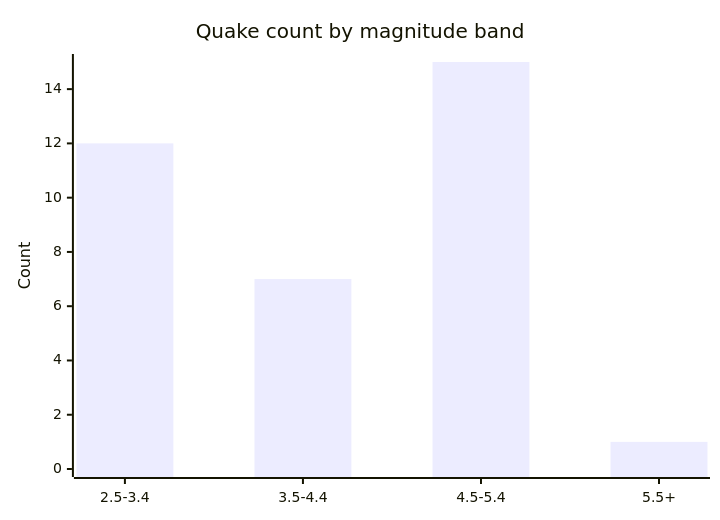
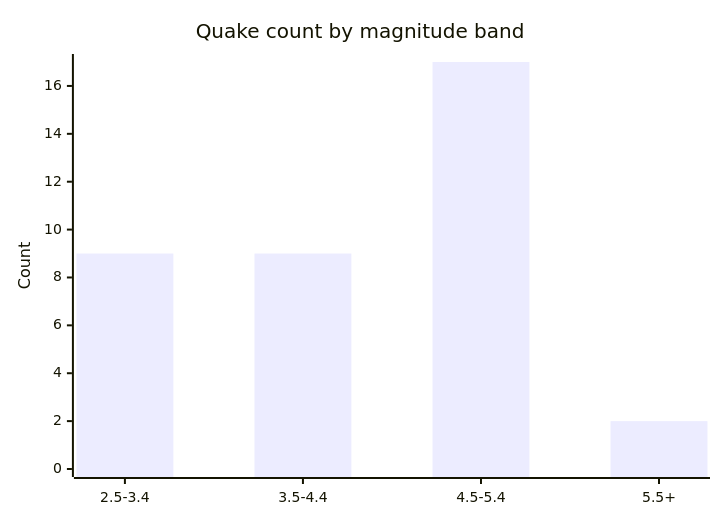
Before and after one commit to Midwest-Stratospheric/aerostratospheric-defense-gir: the fifth of 6 diagrams in docs/GRAPHS.md, drawn with Mermaid. The commit also changed other lines of this file and 23 other files, not shown here.

````diff
--- a/docs/GRAPHS.md
+++ b/docs/GRAPHS.md
@@ -82,7 +82,7 @@
 ```mermaid
 xychart-beta
   title "Quake count by magnitude band"
   x-axis ["2.5-3.4", "3.5-4.4", "4.5-5.4", "5.5+"]
-  y-axis "Count" 0 --> 15
-  bar [12, 7, 15, 1]
+  y-axis "Count" 0 --> 17
+  bar [9, 9, 17, 2]
 ```
````
